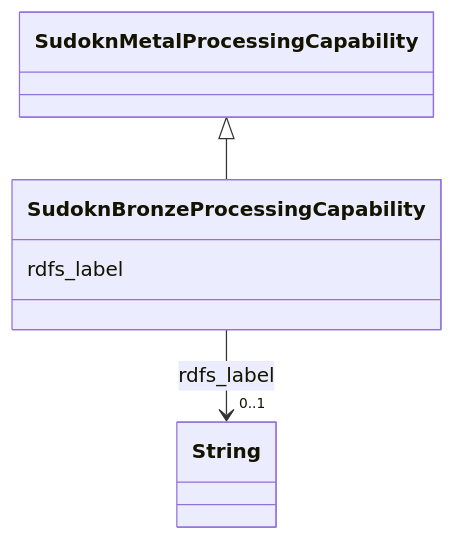
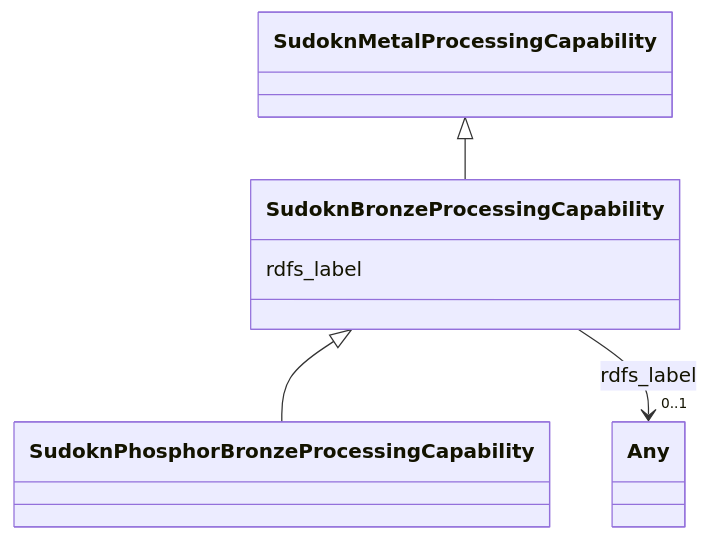
Before and after one commit to frink-okn/graph-descriptions: the diagram in sudokn-kg/classes/SudoknBronzeProcessingCapability.md, drawn with Mermaid. The commit also changed other lines of this file and 903 other files, not shown here.

````diff
--- a/sudokn-kg/classes/SudoknBronzeProcessingCapability.md
+++ b/sudokn-kg/classes/SudoknBronzeProcessingCapability.md
@@ -23,18 +18,23 @@
 ```mermaid
  classDiagram
     class SudoknBronzeProcessingCapability
     click SudoknBronzeProcessingCapability href "../SudoknBronzeProcessingCapability"
       SudoknMetalProcessingCapability <|-- SudoknBronzeProcessingCapability
         click SudoknMetalProcessingCapability href "../SudoknMetalProcessingCapability"
       
+
+      SudoknBronzeProcessingCapability <|-- SudoknPhosphorBronzeProcessingCapability
+        click SudoknPhosphorBronzeProcessingCapability href "../SudoknPhosphorBronzeProcessingCapability"
+      
+      
       SudoknBronzeProcessingCapability : rdfs_label
         
           
     
     
-    SudoknBronzeProcessingCapability --> "0..1" String : rdfs_label
-    click String href "../String"
+    SudoknBronzeProcessingCapability --> "0..1" Any : rdfs_label
+    click Any href "../Any"
 
         
       
 ```
````
